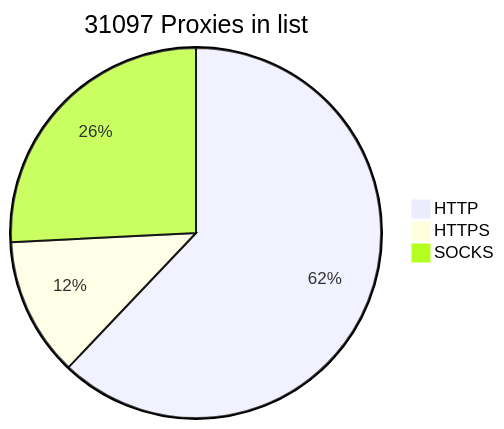
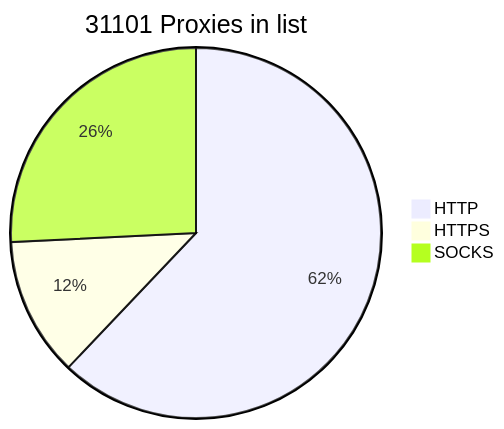
The diagram in README.md (BlackSnowDot/proxylist-update-every-minute), drawn with Mermaid before and after one commit.

````diff
--- a/README.md
+++ b/README.md
@@ -2,6 +2,6 @@
 ```mermaid
-pie title 31097 Proxies in list
-    "HTTP" : 21239
-    "HTTPS": 4149
+pie title 31101 Proxies in list
+    "HTTP" : 21242
+    "HTTPS": 4150
     "SOCKS" : 8821
 ```
````
